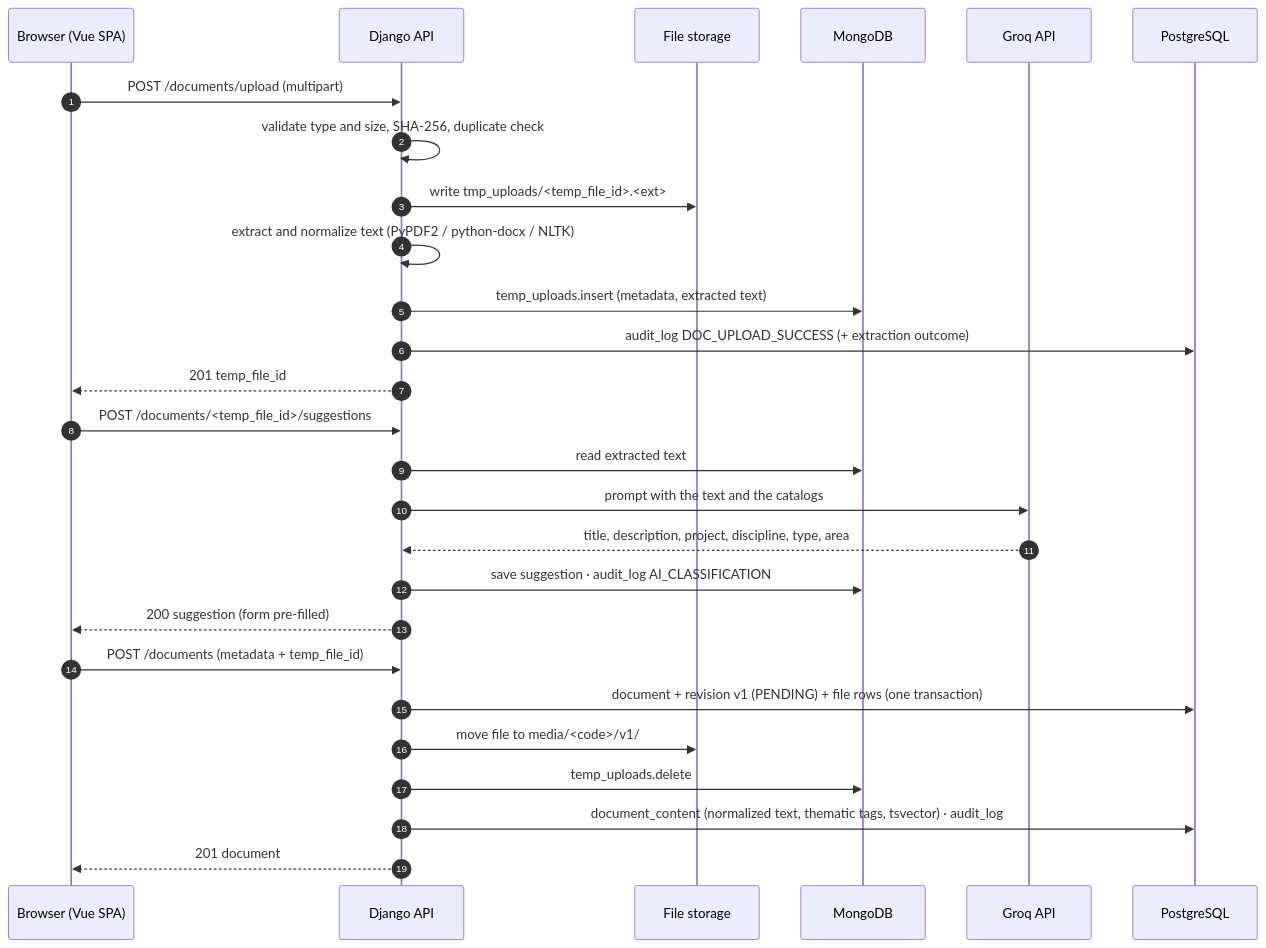
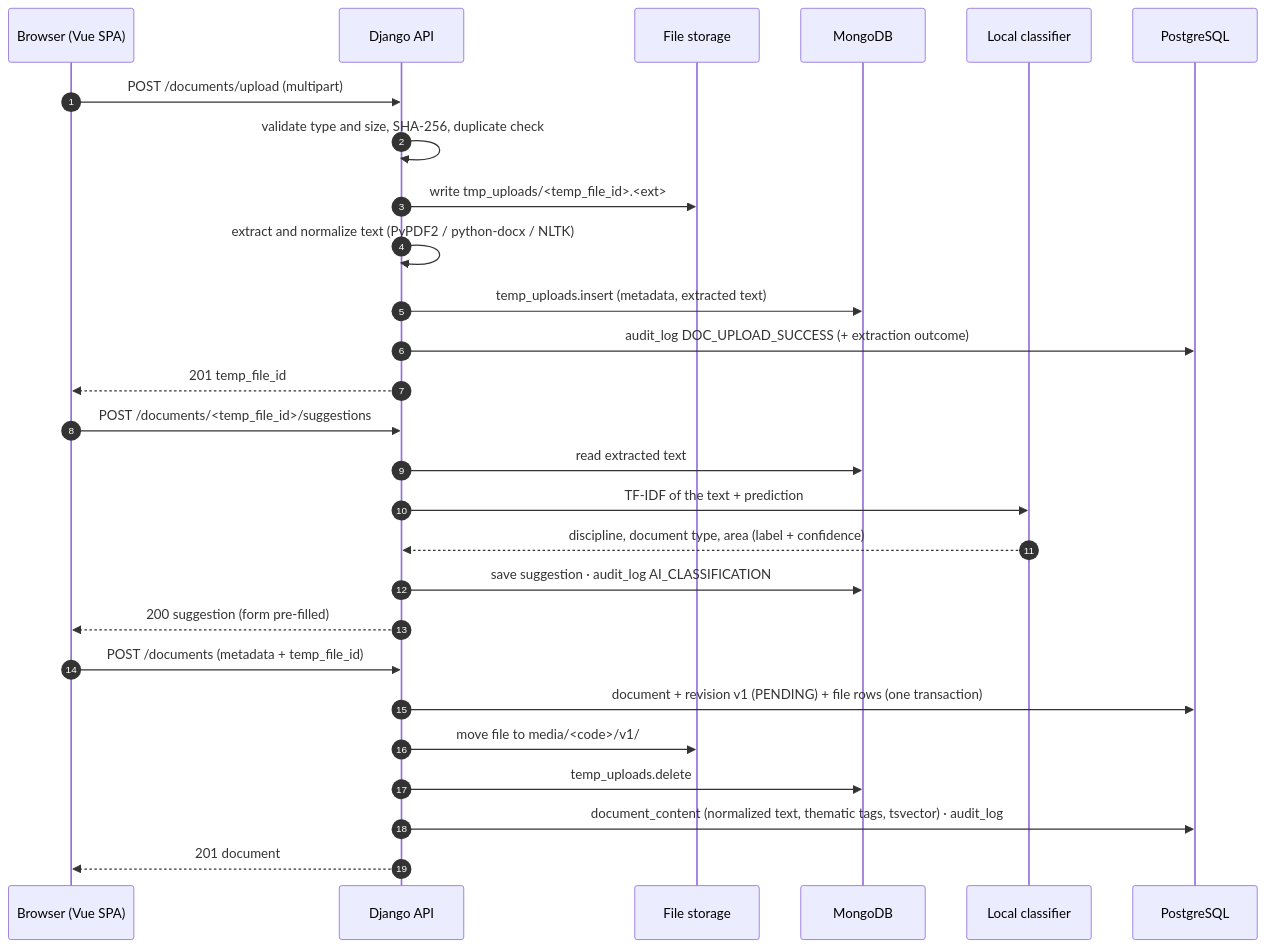
One commit to Pragma-Co/backend-indice changed the third of 5 diagrams in docs/architecture/README.md. Above: the diagram before and after it, drawn with Mermaid. The commit also changed other lines of this file and 6 other files, not shown here.

Commit message:
docs(#80): reflect the local classifier, Ollama summaries and document vectors

````diff
--- a/docs/architecture/README.md
+++ b/docs/architecture/README.md
@@ -124,30 +127,30 @@
 ```mermaid
 sequenceDiagram
     autonumber
     participant B as Browser (Vue SPA)
     participant A as Django API
     participant FS as File storage
     participant M as MongoDB
-    participant G as Groq API
+    participant C as Local classifier
     participant DB as PostgreSQL
 
     B->>A: POST /documents/upload (multipart)
     A->>A: validate type and size, SHA-256, duplicate check
     A->>FS: write tmp_uploads/<temp_file_id>.<ext>
     A->>A: extract and normalize text (PyPDF2 / python-docx / NLTK)
     A->>M: temp_uploads.insert (metadata, extracted text)
     A->>DB: audit_log DOC_UPLOAD_SUCCESS (+ extraction outcome)
     A-->>B: 201 temp_file_id
     B->>A: POST /documents/<temp_file_id>/suggestions
     A->>M: read extracted text
-    A->>G: prompt with the text and the catalogs
-    G-->>A: title, description, project, discipline, type, area
+    A->>C: TF-IDF of the text + prediction
+    C-->>A: discipline, document type, area (label + confidence)
     A->>M: save suggestion · audit_log AI_CLASSIFICATION
     A-->>B: 200 suggestion (form pre-filled)
     B->>A: POST /documents (metadata + temp_file_id)
     A->>DB: document + revision v1 (PENDING) + file rows (one transaction)
     A->>FS: move file to media/<code>/v1/
     A->>M: temp_uploads.delete
     A->>DB: document_content (normalized text, thematic tags, tsvector) · audit_log
     A-->>B: 201 document
 ```
````
